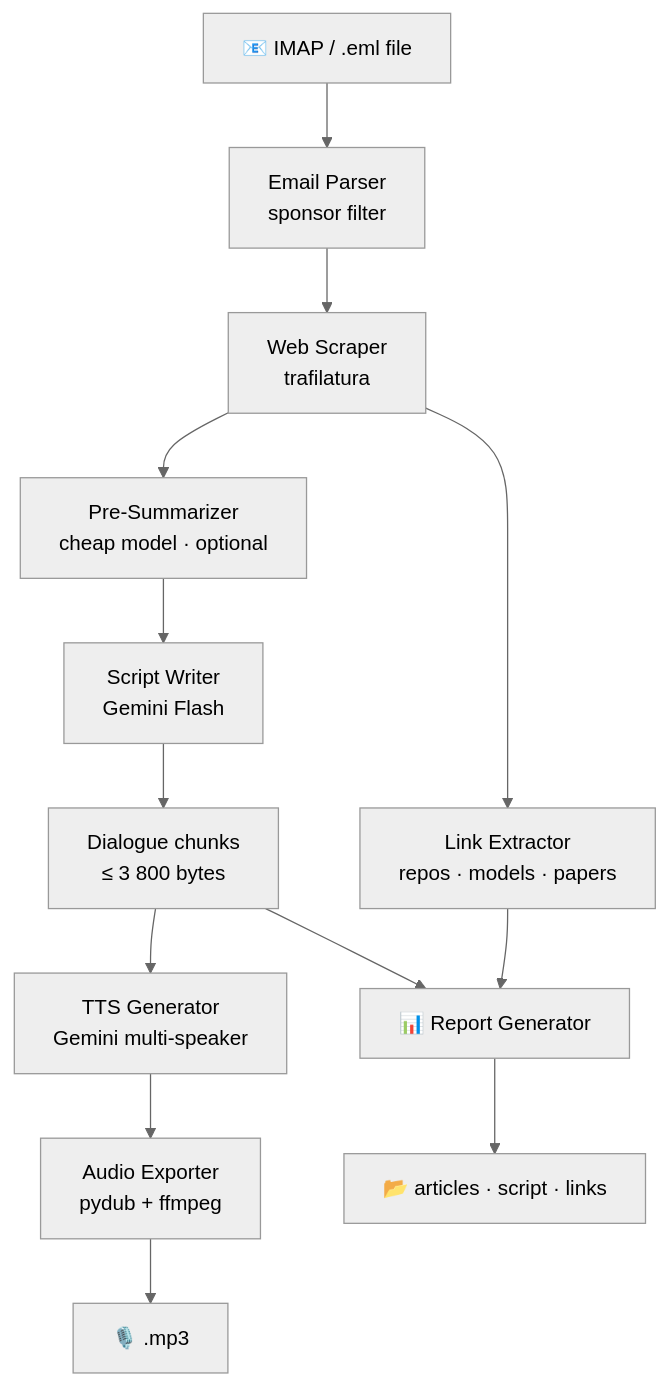
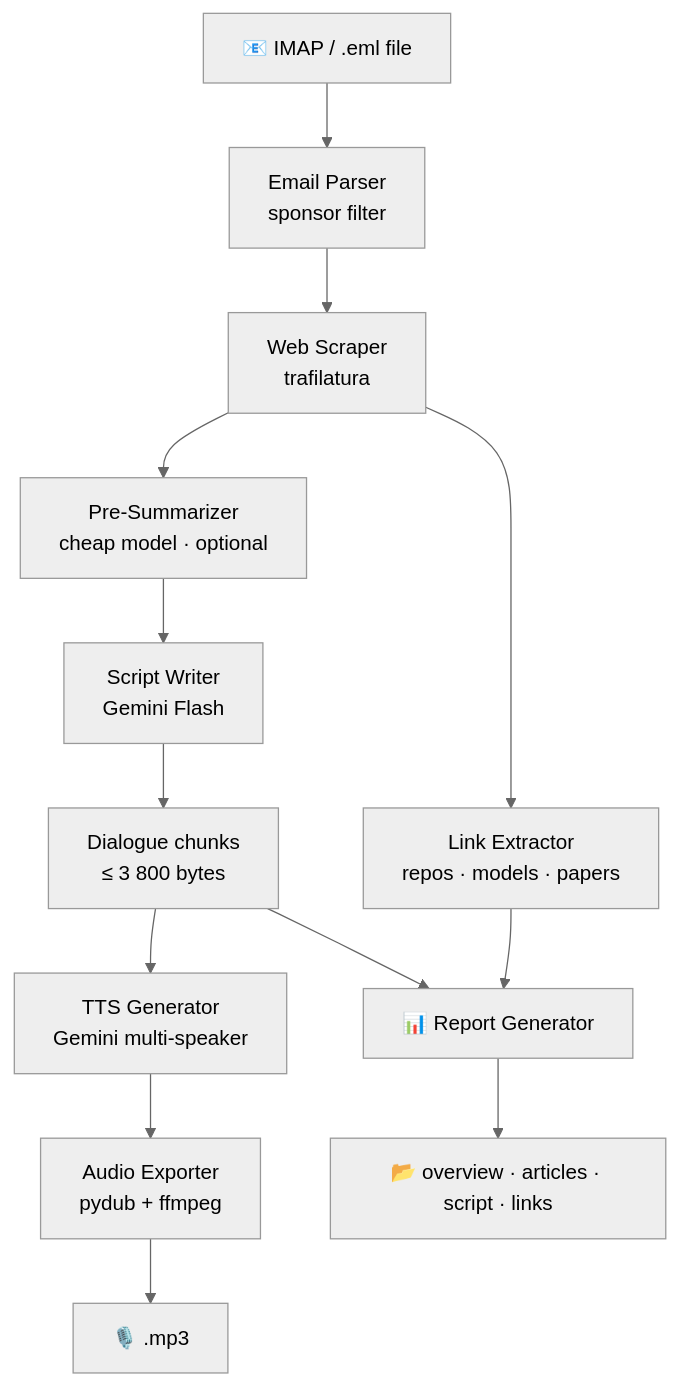
Before and after one commit to obeone/tldr-podcast: the diagram in README.md, drawn with Mermaid (neutral theme). The commit also changed other lines of this file and 1 other file, not shown here.

````diff
--- a/README.md
+++ b/README.md
@@ -14,21 +14,21 @@
 ```mermaid
 flowchart TB
     IN[📧 IMAP / .eml file] --> EP[Email Parser<br>sponsor filter]
     EP --> WS[Web Scraper<br>trafilatura]
 
     WS --> SUM[Pre-Summarizer<br>cheap model · optional]
     WS --> LE[Link Extractor<br>repos · models · papers]
 
     SUM --> LLM[Script Writer<br>Gemini Flash]
 
     LLM --> DC[Dialogue chunks<br>≤ 3 800 bytes]
 
     DC --> TTS[TTS Generator<br>Gemini multi-speaker]
     DC --> RPT[📊 Report Generator]
     LE --> RPT
 
     TTS --> AE[Audio Exporter<br>pydub + ffmpeg]
 
     AE --> MP3[🎙️ .mp3]
-    RPT --> OUT[📂 articles · script · links]
+    RPT --> OUT[📂 overview · articles · script · links]
 ```
````
